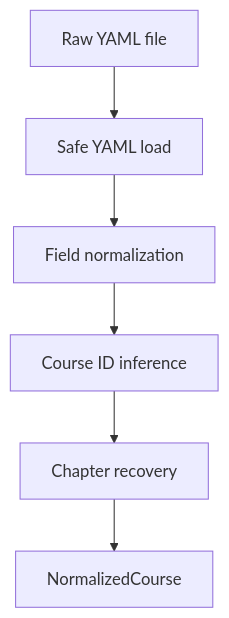
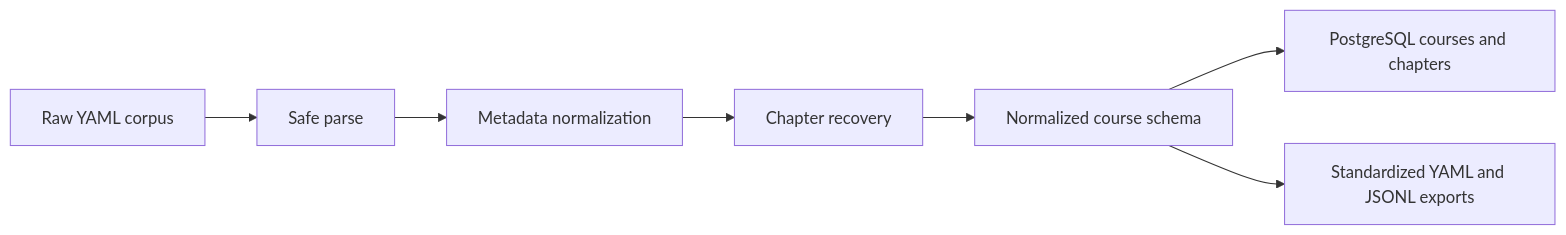
Before and after one commit to armaninspace/data_camp_exp: the diagram in docs/status-1.md, drawn with Mermaid. The commit also changed other lines of this file and 21 other files, not shown here.

````diff
--- a/docs/status-1.md
+++ b/docs/status-1.md
@@ -51,8 +21,9 @@
 ```mermaid
-flowchart TD
-    A[Raw YAML file] --> B[Safe YAML load]
-    B --> C[Field normalization]
-    C --> D[Course ID inference]
-    D --> E[Chapter recovery]
-    E --> F[NormalizedCourse]
+flowchart LR
+    A[Raw YAML corpus] --> B[Safe parse]
+    B --> C[Metadata normalization]
+    C --> D[Chapter recovery]
+    D --> E[Normalized course schema]
+    E --> F[PostgreSQL courses and chapters]
+    E --> G[Standardized YAML and JSONL exports]
 ```
````
